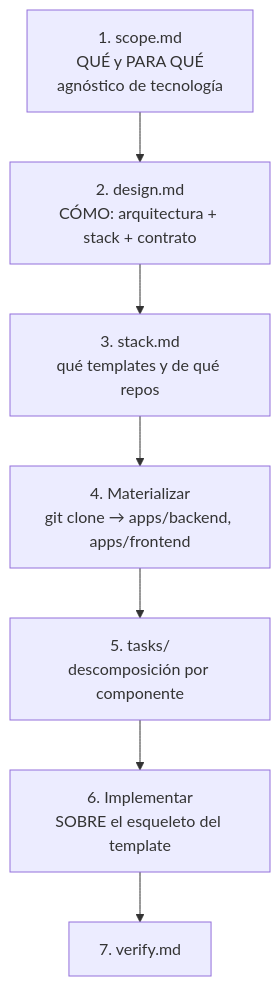
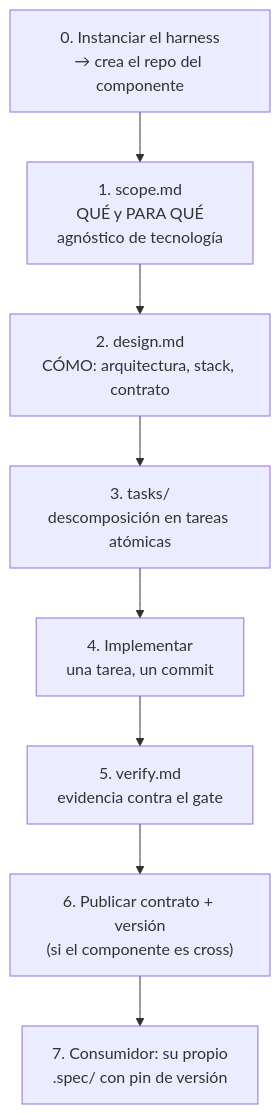
One commit to juanmorenomotta/ai-harness-architecture changed the second of 2 diagrams in docs/inicio-harness-sdd.md. Above: the diagram before and after it, drawn with Mermaid. The commit also changed other lines of this file, not shown here.

First line of the commit message:
docs: corregir guia (instanciar el componente antes del SDD)

````diff
--- a/docs/inicio-harness-sdd.md
+++ b/docs/inicio-harness-sdd.md
@@ -197,10 +211,11 @@
 ```mermaid
 flowchart TD
-  A["1. scope.md\nQUÉ y PARA QUÉ\nagnóstico de tecnología"] --> B
-  B["2. design.md\nCÓMO: arquitectura + stack + contrato"] --> C
-  C["3. stack.md\nqué templates y de qué repos"] --> D
-  D["4. Materializar\ngit clone → apps/backend, apps/frontend"] --> E
-  E["5. tasks/\ndescomposición por componente"] --> F
-  F["6. Implementar\nSOBRE el esqueleto del template"]
-  F --> G["7. verify.md"]
+  A["0. Instanciar el harness<br/>→ crea el repo del componente"] --> B
+  B["1. scope.md<br/>QUÉ y PARA QUÉ<br/>agnóstico de tecnología"] --> C
+  C["2. design.md<br/>CÓMO: arquitectura, stack, contrato"] --> D
+  D["3. tasks/<br/>descomposición en tareas atómicas"] --> E
+  E["4. Implementar<br/>una tarea, un commit"] --> F
+  F["5. verify.md<br/>evidencia contra el gate"] --> G
+  G["6. Publicar contrato + versión<br/>(si el componente es cross)"] --> H
+  H["7. Consumidor: su propio<br/>.spec/ con pin de versión"]
 ```
````
